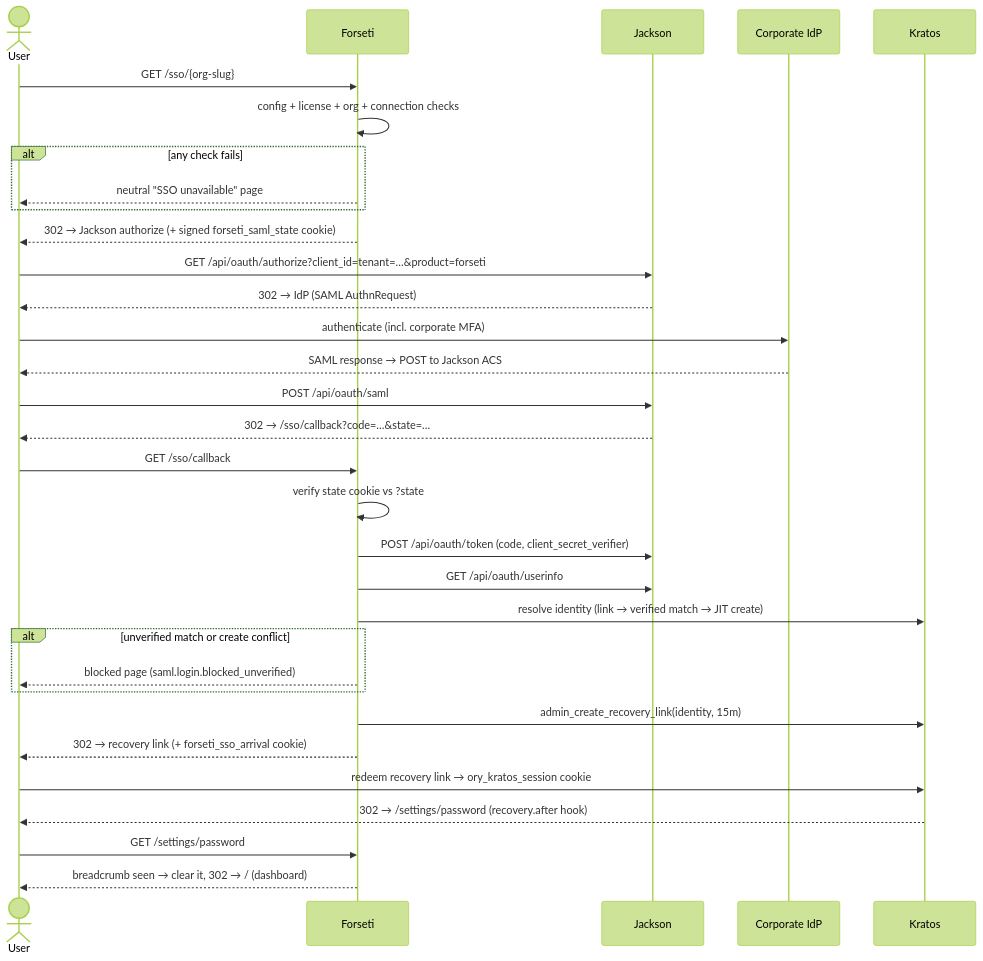
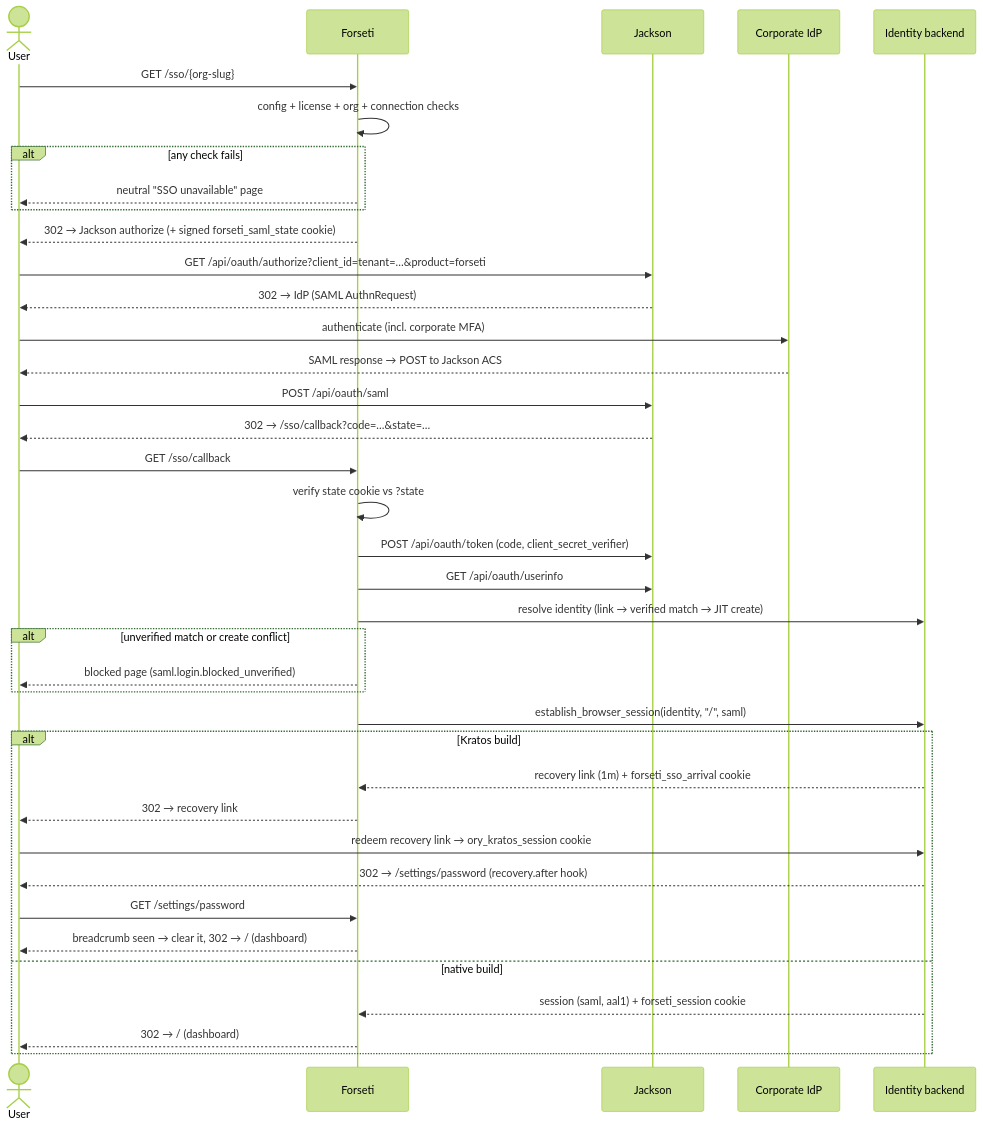
Before and after one commit to franzos/forseti: diagram 25 of 34 in docs/dev/flows.md, drawn with Mermaid (forest theme). The commit also changed other lines of this file and 83 other files, not shown here.

Commit message:
feat: native upstream sign-in and SAML

````diff
--- a/docs/dev/flows.md
+++ b/docs/dev/flows.md
@@ -1777,34 +1954,40 @@
 ```mermaid
 sequenceDiagram
     actor U as User
     participant P as Forseti
     participant J as Jackson
     participant I as Corporate IdP
-    participant K as Kratos
+    participant K as Identity backend
     U->>P: GET /sso/{org-slug}
     P->>P: config + license + org + connection checks
     alt any check fails
         P-->>U: neutral "SSO unavailable" page
     end
     P-->>U: 302 → Jackson authorize (+ signed forseti_saml_state cookie)
     U->>J: GET /api/oauth/authorize?client_id=tenant=…&product=forseti
     J-->>U: 302 → IdP (SAML AuthnRequest)
     U->>I: authenticate (incl. corporate MFA)
     I-->>U: SAML response → POST to Jackson ACS
     U->>J: POST /api/oauth/saml
     J-->>U: 302 → /sso/callback?code=…&state=…
     U->>P: GET /sso/callback
     P->>P: verify state cookie vs ?state
     P->>J: POST /api/oauth/token (code, client_secret_verifier)
     P->>J: GET /api/oauth/userinfo
     P->>K: resolve identity (link → verified match → JIT create)
     alt unverified match or create conflict
         P-->>U: blocked page (saml.login.blocked_unverified)
     end
-    P->>K: admin_create_recovery_link(identity, 15m)
-    P-->>U: 302 → recovery link (+ forseti_sso_arrival cookie)
-    U->>K: redeem recovery link → ory_kratos_session cookie
-    K-->>U: 302 → /settings/password (recovery.after hook)
-    U->>P: GET /settings/password
-    P-->>U: breadcrumb seen → clear it, 302 → / (dashboard)
+    P->>K: establish_browser_session(identity, "/", saml)
+    alt Kratos build
+        K-->>P: recovery link (1m) + forseti_sso_arrival cookie
+        P-->>U: 302 → recovery link
+        U->>K: redeem recovery link → ory_kratos_session cookie
+        K-->>U: 302 → /settings/password (recovery.after hook)
+        U->>P: GET /settings/password
+        P-->>U: breadcrumb seen → clear it, 302 → / (dashboard)
+    else native build
+        K-->>P: session (saml, aal1) + forseti_session cookie
+        P-->>U: 302 → / (dashboard)
+    end
 ```
````
